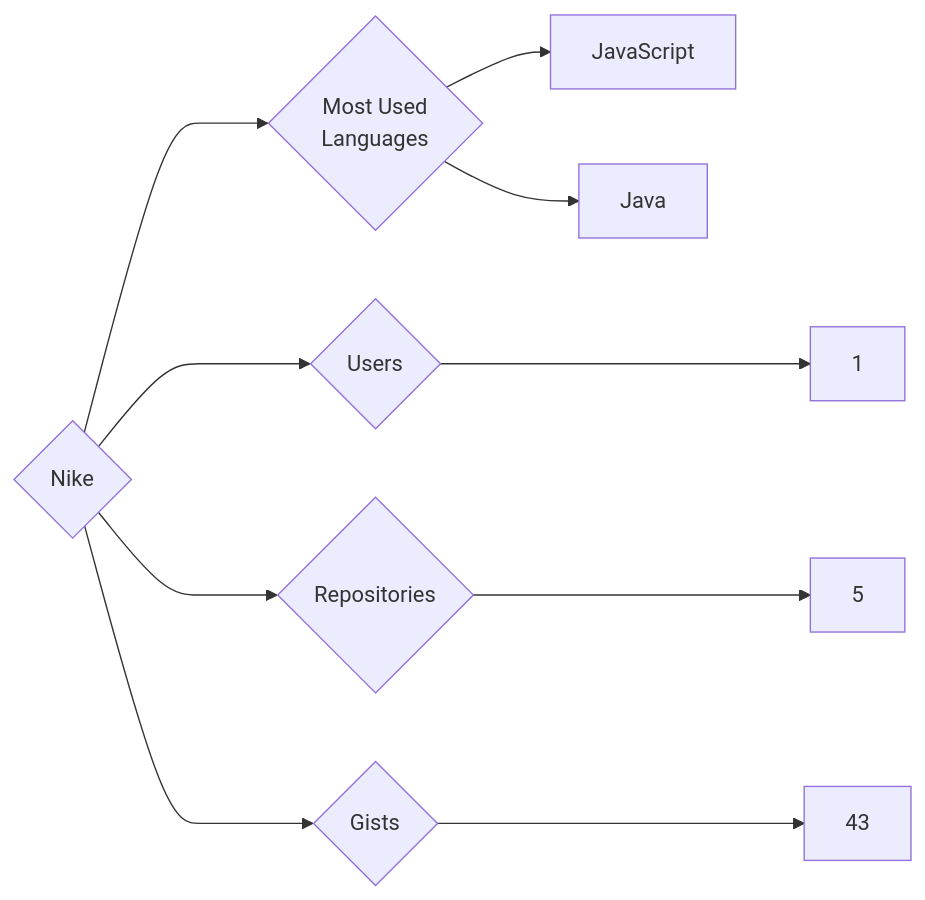
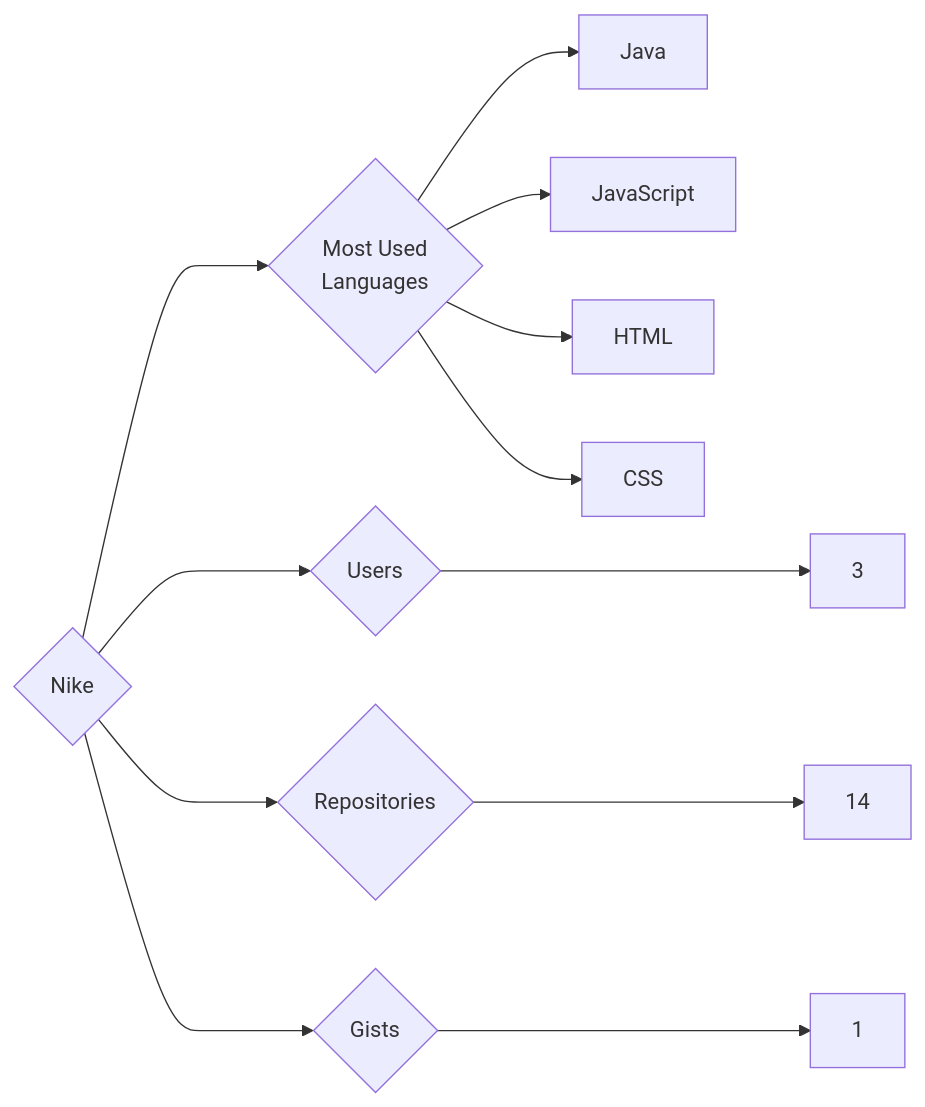
The diagram in targets/Nike/README.md (trickest/insiders), drawn with Mermaid before and after one commit. The commit also changed 815 other files, not shown here.

````diff
--- a/targets/Nike/README.md
+++ b/targets/Nike/README.md
@@ -3,10 +3,12 @@
 ```mermaid
 graph LR
 COMPANY_NAME{Nike}
-COMPANY_NAME ---> U{Users} ---> UN[1]
-COMPANY_NAME ---> R{Repositories} ---> RN[5]
-COMPANY_NAME ---> G{Gists} ---> GN[43]
+COMPANY_NAME ---> U{Users} ---> UN[3]
+COMPANY_NAME ---> R{Repositories} ---> RN[14]
+COMPANY_NAME ---> G{Gists} ---> GN[1]
 COMPANY_NAME ---> ML{Most Used<br>Languages}
+ML --> Java[Java]
 ML --> JavaScript[JavaScript]
-ML --> Java[Java]
+ML --> HTML[HTML]
+ML --> CSS[CSS]
 ```
````
